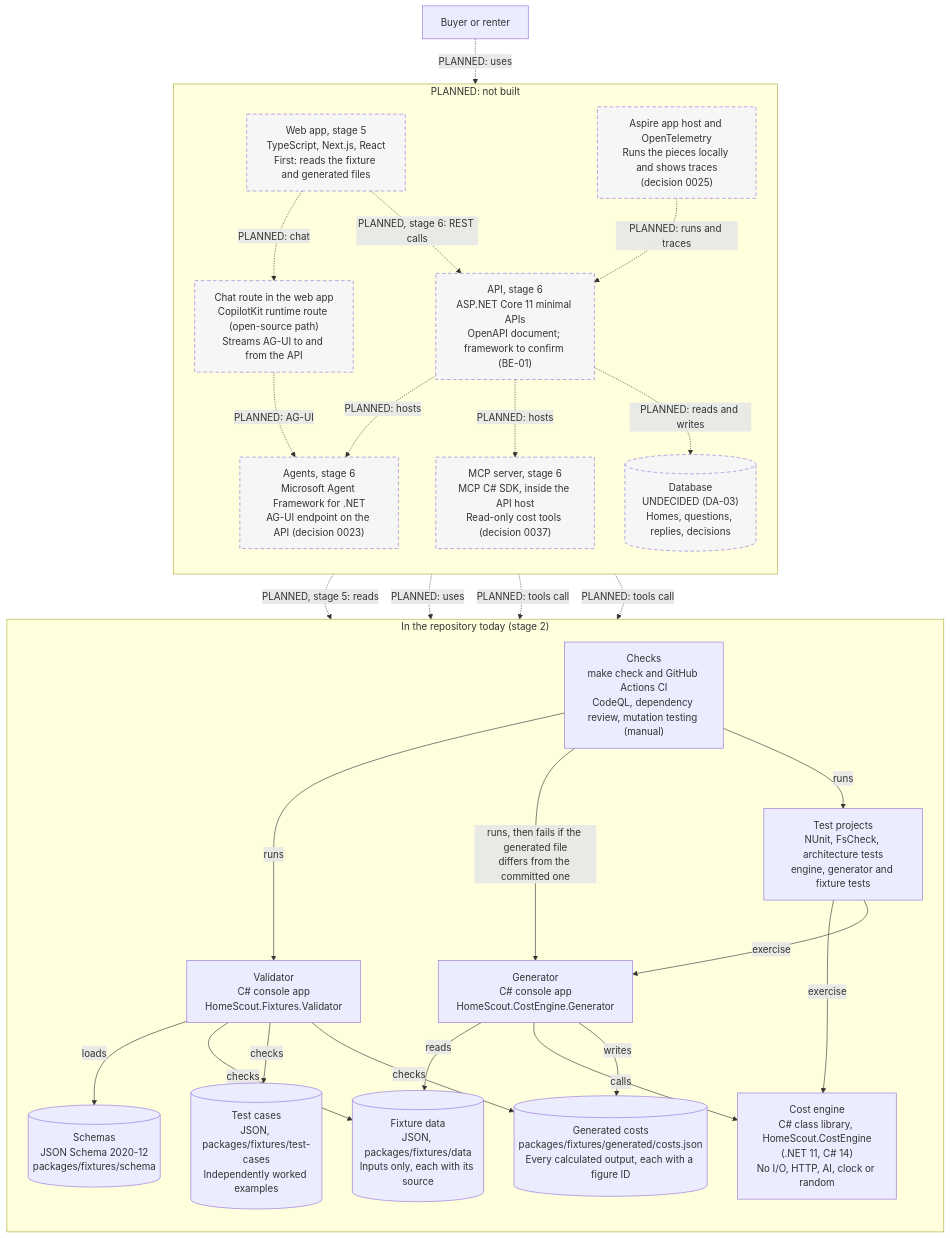
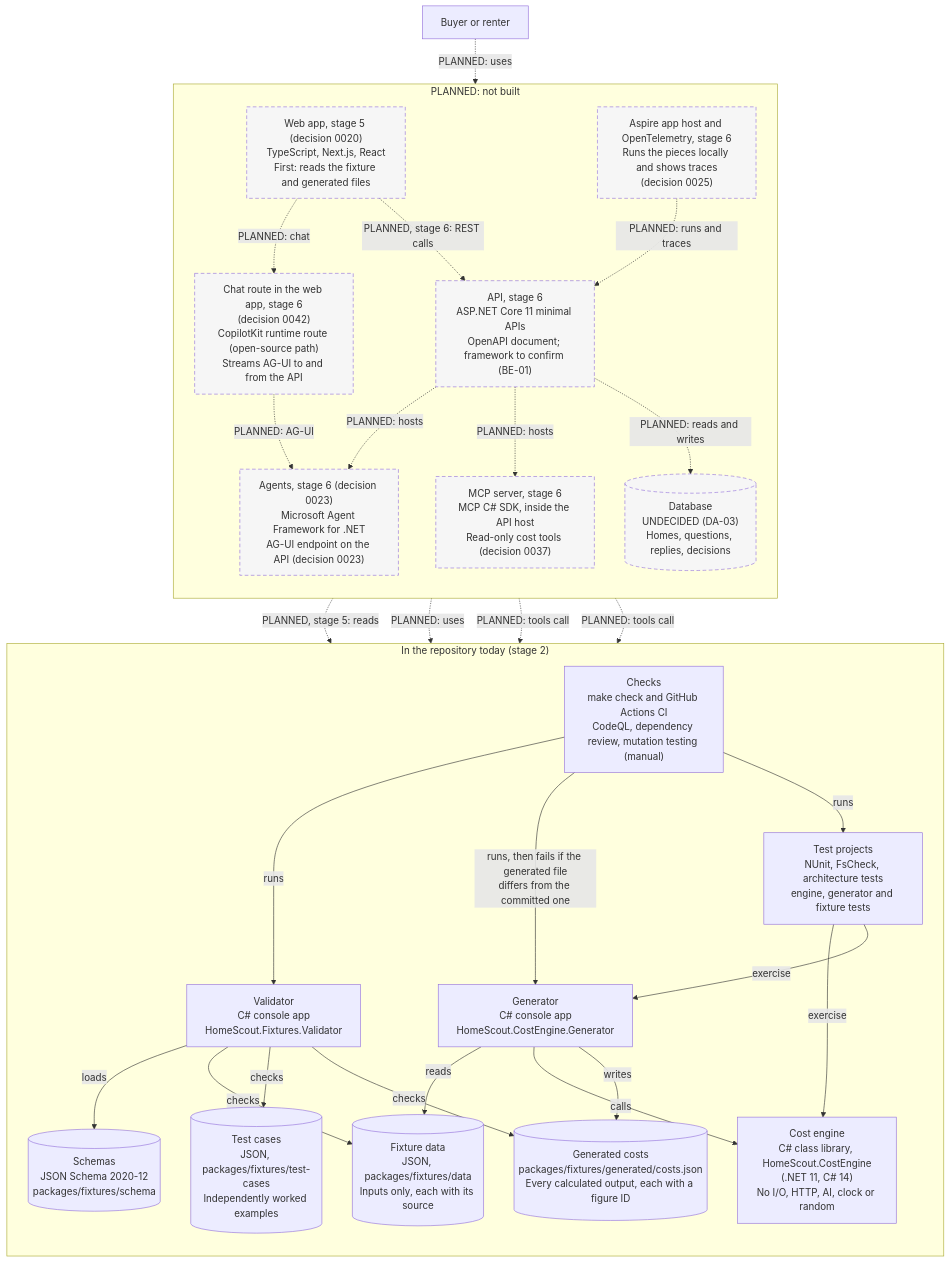
The second of 2 diagrams in docs/architecture/README.md (olaheavy-dev/homescout-platform), drawn with Mermaid before and after one commit. The commit also changed other lines of this file and 4 other files, not shown here.

Commit message:
docs: fix pre-push review findings (BE-27, gate wording, diagram legend) (part of #24)

````diff
--- a/docs/architecture/README.md
+++ b/docs/architecture/README.md
@@ -47,57 +47,57 @@
 ```mermaid
 flowchart TB
     user["Buyer or renter"]
 
     subgraph today["In the repository today (stage 2)"]
         direction TB
         data[("Fixture data<br/>JSON, packages/fixtures/data<br/>Inputs only, each with its source")]
         schema[("Schemas<br/>JSON Schema 2020-12<br/>packages/fixtures/schema")]
         cases[("Test cases<br/>JSON, packages/fixtures/test-cases<br/>Independently worked examples")]
         engine["Cost engine<br/>C# class library, HomeScout.CostEngine<br/>(.NET 11, C# 14)<br/>No I/O, HTTP, AI, clock or random"]
         generator["Generator<br/>C# console app<br/>HomeScout.CostEngine.Generator"]
         generated[("Generated costs<br/>packages/fixtures/generated/costs.json<br/>Every calculated output, each with a figure ID")]
         validator["Validator<br/>C# console app<br/>HomeScout.Fixtures.Validator"]
         tests["Test projects<br/>NUnit, FsCheck, architecture tests<br/>engine, generator and fixture tests"]
         ci["Checks<br/>make check and GitHub Actions CI<br/>CodeQL, dependency review, mutation testing (manual)"]
     end
 
     subgraph later["PLANNED: not built"]
         direction TB
-        web["Web app, stage 5<br/>TypeScript, Next.js, React<br/>First: reads the fixture and generated files"]
+        web["Web app, stage 5 (decision 0020)<br/>TypeScript, Next.js, React<br/>First: reads the fixture and generated files"]
         api["API, stage 6<br/>ASP.NET Core 11 minimal APIs<br/>OpenAPI document; framework to confirm (BE-01)"]
         mcp["MCP server, stage 6<br/>MCP C# SDK, inside the API host<br/>Read-only cost tools (decision 0037)"]
-        agents["Agents, stage 6<br/>Microsoft Agent Framework for .NET<br/>AG-UI endpoint on the API (decision 0023)"]
-        copilot["Chat route in the web app<br/>CopilotKit runtime route (open-source path)<br/>Streams AG-UI to and from the API"]
-        aspire["Aspire app host and OpenTelemetry<br/>Runs the pieces locally and shows traces<br/>(decision 0025)"]
+        agents["Agents, stage 6 (decision 0023)<br/>Microsoft Agent Framework for .NET<br/>AG-UI endpoint on the API (decision 0023)"]
+        copilot["Chat route in the web app, stage 6<br/>(decision 0042)<br/>CopilotKit runtime route (open-source path)<br/>Streams AG-UI to and from the API"]
+        aspire["Aspire app host and OpenTelemetry, stage 6<br/>Runs the pieces locally and shows traces<br/>(decision 0025)"]
         db[("Database<br/>UNDECIDED (DA-03)<br/>Homes, questions, replies, decisions")]
     end
 
     generator -->|reads| data
     generator -->|calls| engine
     generator -->|writes| generated
     validator -->|loads| schema
     validator -->|checks| data
     validator -->|checks| cases
     validator -->|checks| generated
     tests -->|exercise| engine
     tests -->|exercise| generator
     ci -->|runs| validator
     ci -->|"runs, then fails if the generated file<br/>differs from the committed one"| generator
     ci -->|runs| tests
 
     user -.->|"PLANNED: uses"| web
     web -.->|"PLANNED, stage 5: reads"| generated
     web -.->|"PLANNED, stage 6: REST calls"| api
     web -.->|"PLANNED: chat"| copilot
     copilot -.->|"PLANNED: AG-UI"| agents
     api -.->|"PLANNED: uses"| engine
     api -.->|"PLANNED: hosts"| mcp
     api -.->|"PLANNED: hosts"| agents
     agents -.->|"PLANNED: tools call"| engine
     mcp -.->|"PLANNED: tools call"| engine
     api -.->|"PLANNED: reads and writes"| db
     aspire -.->|"PLANNED: runs and traces"| api
 
     classDef planned stroke-dasharray: 6 4,fill:#f6f6f6,color:#333
     class web,api,mcp,agents,copilot,aspire,db planned
 ```
````
